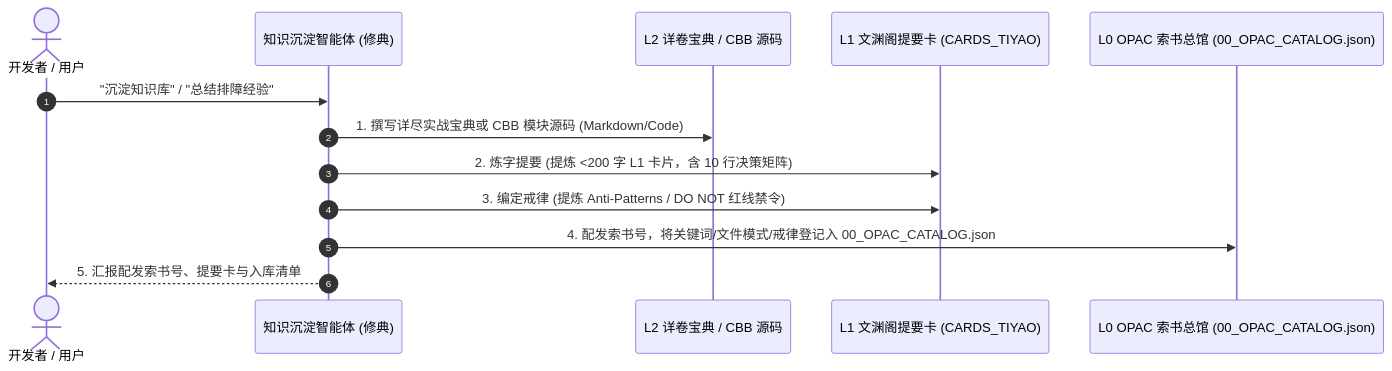
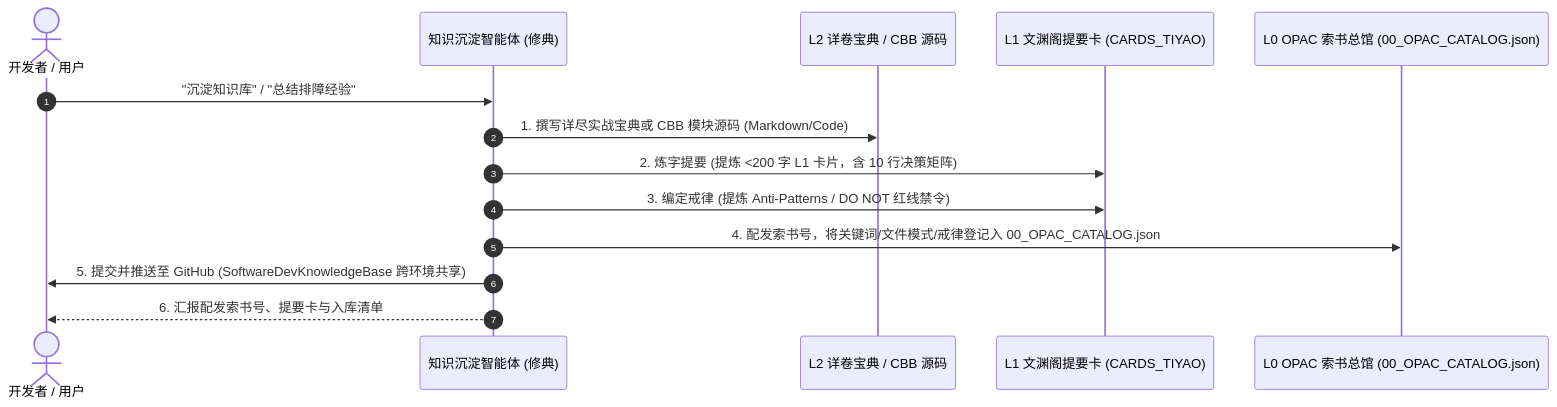
One commit to JasonCry/my-ai-brain changed the diagram in skills/knowledge-distillation/SKILL.md. Above: the diagram before and after it, drawn with Mermaid. The commit also changed other lines of this file and 6 other files, not shown here.

Commit message:
feat: integrate SoftwareDevKnowledgeBase with kb-push and kb-sync skills, update paths and ai-brain CLI

````diff
--- a/skills/knowledge-distillation/SKILL.md
+++ b/skills/knowledge-distillation/SKILL.md
@@ -37,16 +37,17 @@
 ```mermaid
 sequenceDiagram
     autonumber
     actor Dev as 开发者 / 用户
     participant Skill as 知识沉淀智能体 (修典)
     participant L2 as L2 详卷宝典 / CBB 源码
     participant L1 as L1 文渊阁提要卡 (CARDS_TIYAO)
     participant L0 as L0 OPAC 索书总馆 (00_OPAC_CATALOG.json)
 
     Dev->>Skill: "沉淀知识库" / "总结排障经验"
     Skill->>L2: 1. 撰写详尽实战宝典或 CBB 模块源码 (Markdown/Code)
     Skill->>L1: 2. 炼字提要 (提炼 <200 字 L1 卡片，含 10 行决策矩阵)
     Skill->>L1: 3. 编定戒律 (提炼 Anti-Patterns / DO NOT 红线禁令)
     Skill->>L0: 4. 配发索书号，将关键词/文件模式/戒律登记入 00_OPAC_CATALOG.json
-    Skill-->>Dev: 5. 汇报配发索书号、提要卡与入库清单
+    Skill->>Dev: 5. 提交并推送至 GitHub (SoftwareDevKnowledgeBase 跨环境共享)
+    Skill-->>Dev: 6. 汇报配发索书号、提要卡与入库清单
 ```
````
